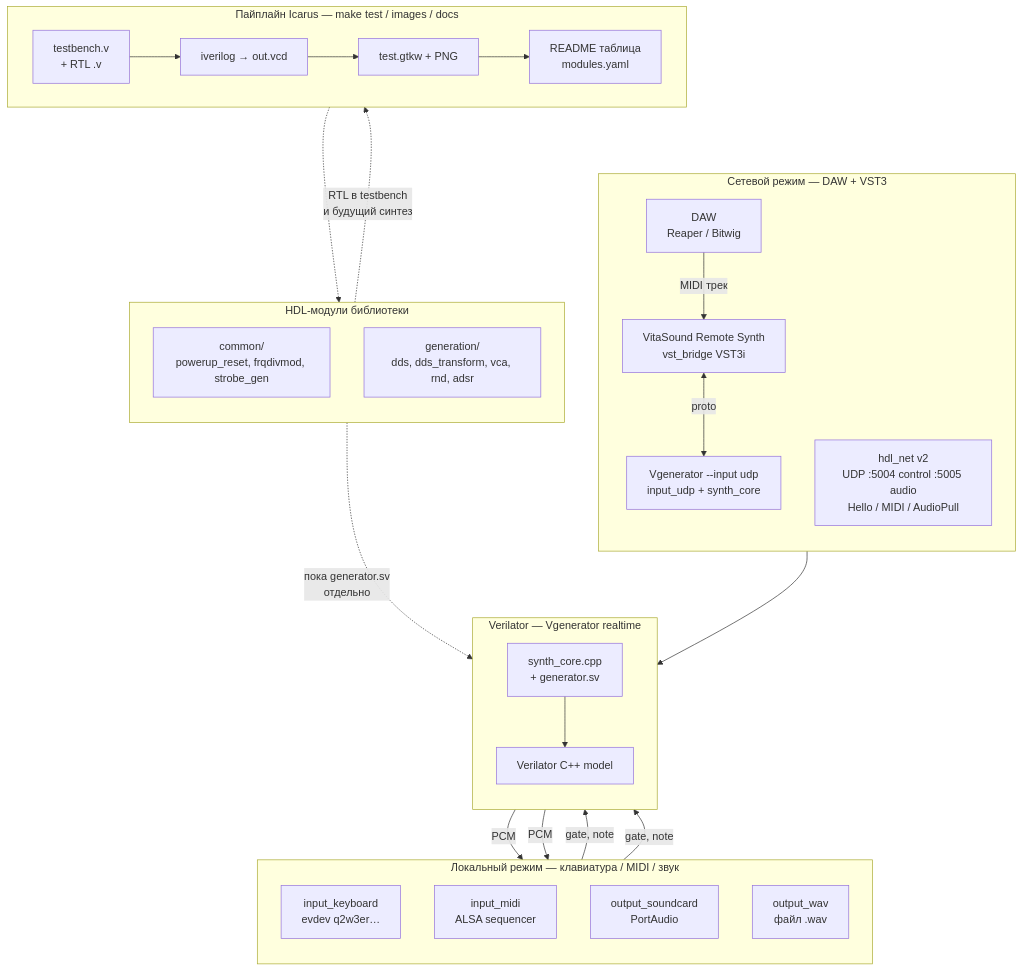
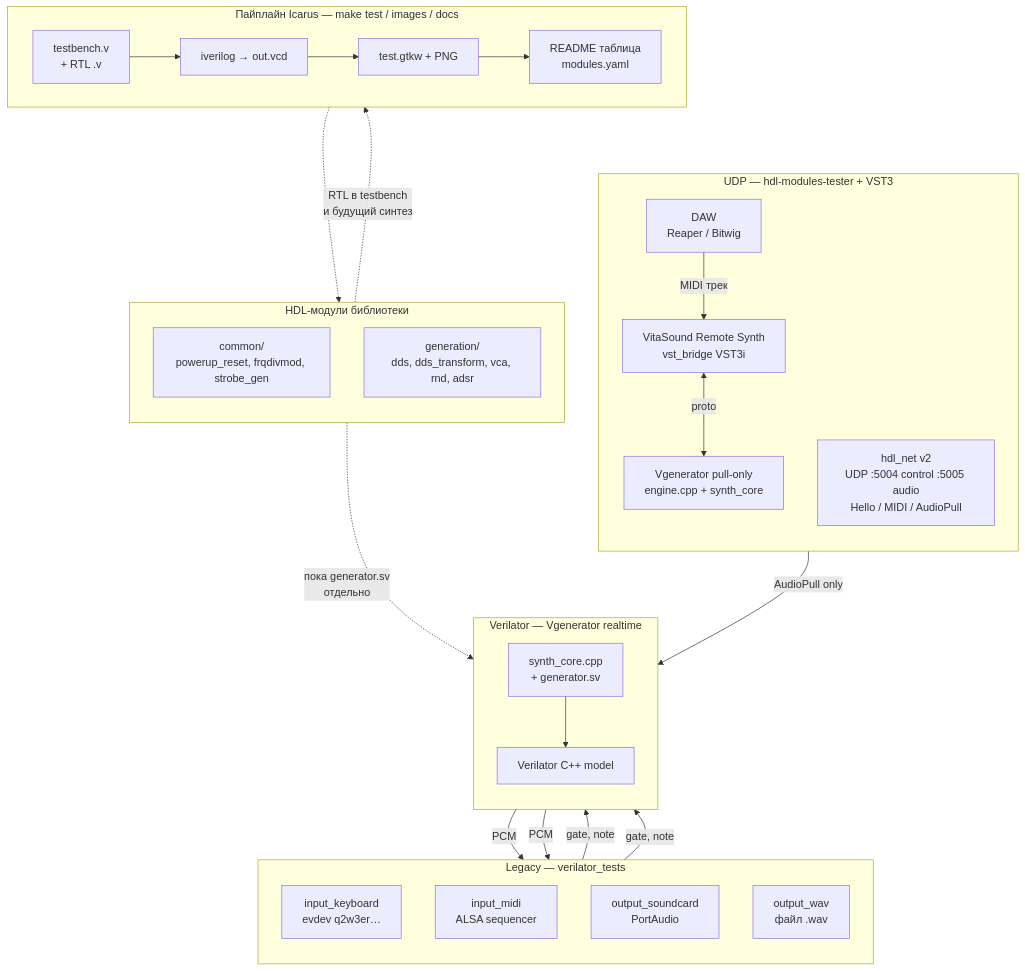
Before and after one commit to VitaSound/hdl-modules: the first of 2 diagrams in ARCHITECTURE.md, drawn with Mermaid. The commit also changed other lines of this file and 35 other files, not shown here.

First line of the commit message:
Split UDP engine into hdl-modules-tester; keep verilator_tests as legacy.

````diff
--- a/ARCHITECTURE.md
+++ b/ARCHITECTURE.md
@@ -5,54 +5,54 @@
 ```mermaid
 flowchart TB
   subgraph hdl_lib [HDL-модули библиотеки]
     direction TB
     common["common/<br/>powerup_reset, frqdivmod, strobe_gen"]
     gen["generation/<br/>dds, dds_transform, vca, rnd, adsr"]
   end
 
   subgraph icarus_pipe [Пайплайн Icarus — make test / images / docs]
     direction LR
     tb["testbench.v<br/>+ RTL .v"]
     sim["iverilog → out.vcd"]
     gtkw["test.gtkw + PNG"]
     readme["README таблица<br/>modules.yaml"]
     tb --> sim --> gtkw --> readme
   end
 
   subgraph verilator_rt [Verilator — Vgenerator realtime]
     direction TB
     synth["synth_core.cpp<br/>+ generator.sv"]
     veri["Verilator C++ model"]
     synth --> veri
   end
 
-  subgraph local_mode [Локальный режим — клавиатура / MIDI / звук]
+  subgraph legacy_mode [Legacy — verilator_tests]
     direction TB
     kb["input_keyboard<br/>evdev q2w3er…"]
     midi_in["input_midi<br/>ALSA sequencer"]
     pa["output_soundcard<br/>PortAudio"]
     wav_out["output_wav<br/>файл .wav"]
   end
 
-  subgraph udp_mode [Сетевой режим — DAW + VST3]
+  subgraph udp_mode [UDP — hdl-modules-tester + VST3]
     direction TB
     daw["DAW<br/>Reaper / Bitwig"]
     vst["VitaSound Remote Synth<br/>vst_bridge VST3i"]
-    udp_eng["Vgenerator --input udp<br/>input_udp + synth_core"]
+    udp_eng["Vgenerator pull-only<br/>engine.cpp + synth_core"]
     proto["hdl_net v2<br/>UDP :5004 control :5005 audio<br/>Hello / MIDI / AudioPull"]
   end
 
   hdl_lib -.->|"RTL в testbench<br/>и будущий синтез"| tb
   hdl_lib -.->|"пока generator.sv<br/>отдельно"| synth
 
   kb -->|"gate, note"| synth
   midi_in -->|"gate, note"| synth
   synth -->|"PCM"| pa
   synth -->|"PCM"| wav_out
 
   daw -->|"MIDI трек"| vst
   vst <-->|proto| udp_eng
-  udp_eng --> synth
+  udp_eng -->|"AudioPull only"| synth
 
   readme -.-> hdl_lib
 ```
````
